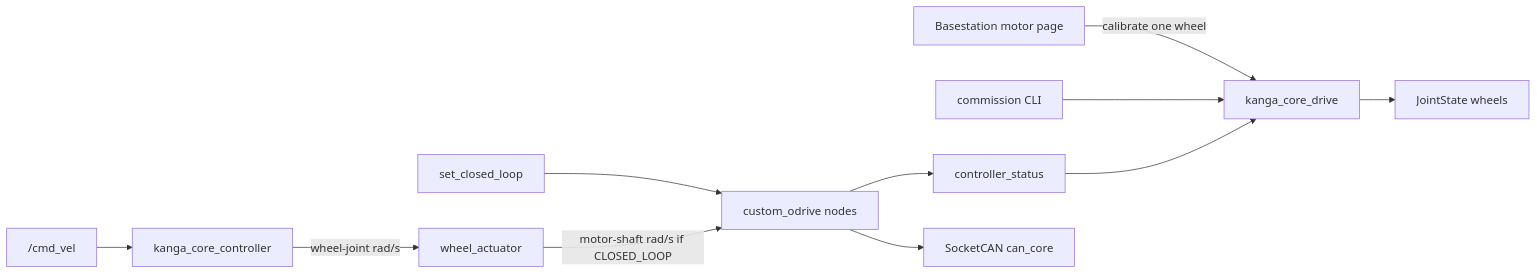
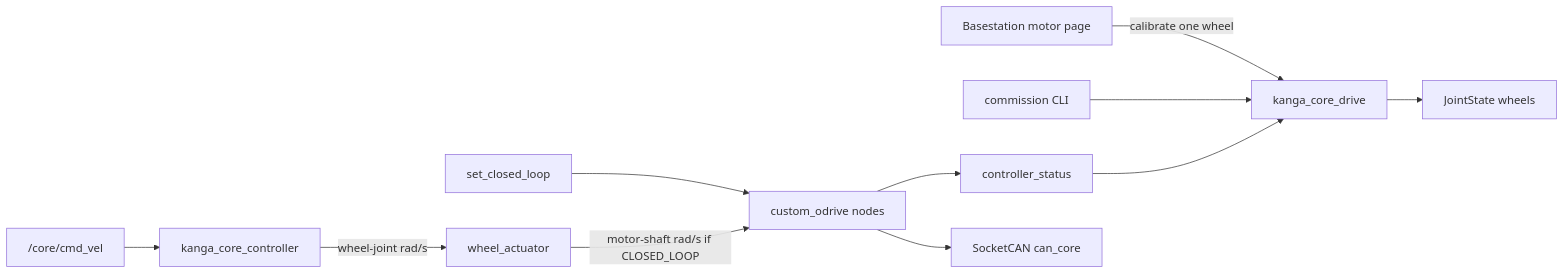
Before and after one commit to UOW-TronSoc/ARCh-Kanga: the diagram in docs/migration/core_drive.md, drawn with Mermaid. The commit also changed other lines of this file and 37 other files, not shown here.

````diff
--- a/docs/migration/core_drive.md
+++ b/docs/migration/core_drive.md
@@ -30,13 +30,13 @@
 ```mermaid
 flowchart LR
   web["Basestation motor page"] -->|"calibrate one wheel"| drivePkg["kanga_core_drive"]
   cliSave["commission CLI"] --> drivePkg
   trigger["set_closed_loop"] --> nodes["custom_odrive nodes"]
-  cmdVel["/cmd_vel"] --> ctrl["kanga_core_controller"]
+  cmdVel["/core/cmd_vel"] --> ctrl["kanga_core_controller"]
   ctrl -->|"wheel-joint rad/s"| actuator["wheel_actuator"]
   actuator -->|"motor-shaft rad/s if CLOSED_LOOP"| nodes
   nodes --> status["controller_status"]
   status --> drivePkg
   drivePkg --> js["JointState wheels"]
   nodes --> can["SocketCAN can_core"]
 ```
````
